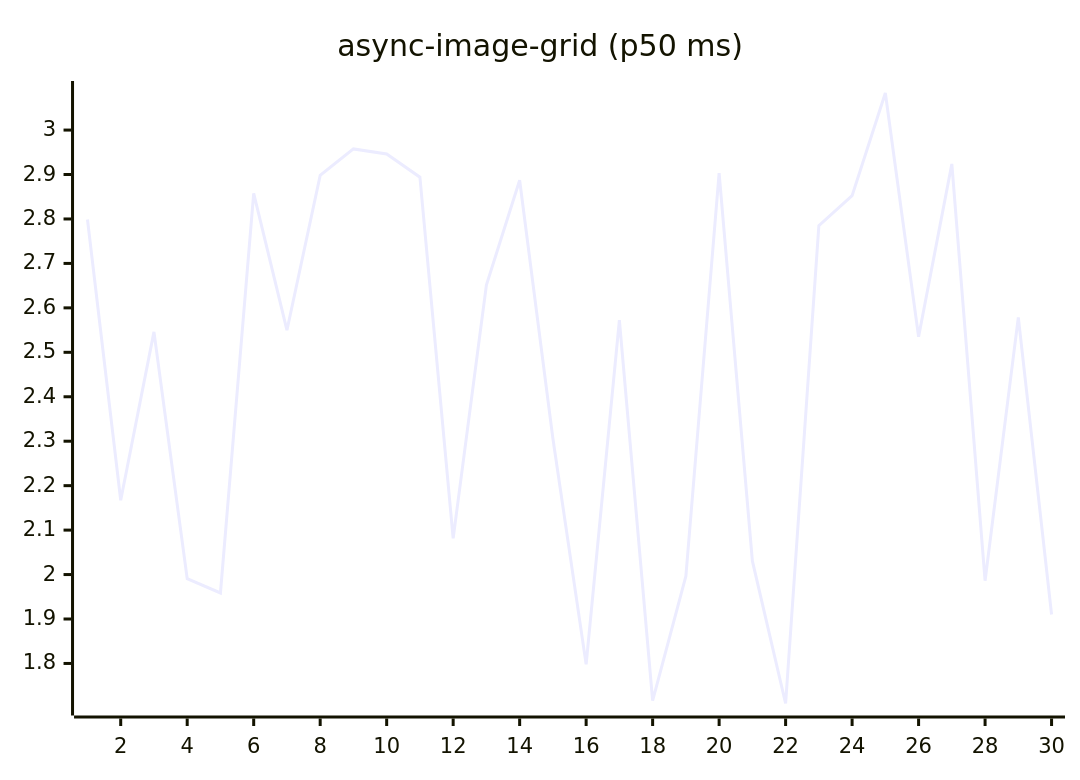
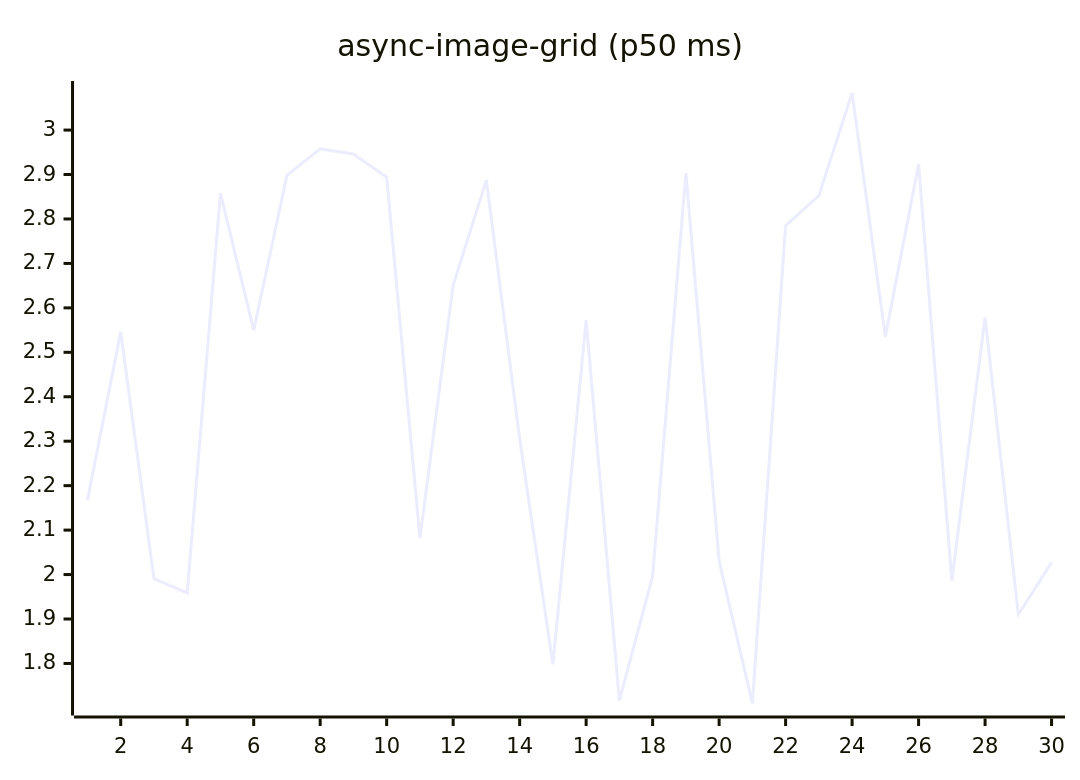
Before and after one commit to josha/Facet: the fifth of 27 diagrams in README.md, drawn with Mermaid. The commit also changed other lines of this file and 2 other files, not shown here.

````diff
--- a/README.md
+++ b/README.md
@@ -91,6 +91,6 @@
 ```mermaid
 xychart-beta
     title "async-image-grid (p50 ms)"
     x-axis 1 --> 30
-    line [2.7988, 2.1671, 2.5459, 1.9906, 1.9586, 2.8577, 2.5497, 2.8980, 2.9576, 2.9463, 2.8940, 2.0815, 2.6515, 2.8871, 2.3060, 1.7979, 2.5726, 1.7163, 1.9964, 2.9032, 2.0307, 1.7099, 2.7848, 2.8523, 3.0834, 2.5349, 2.9237, 1.9862, 2.5787, 1.9102]
+    line [2.1671, 2.5459, 1.9906, 1.9586, 2.8577, 2.5497, 2.8980, 2.9576, 2.9463, 2.8940, 2.0815, 2.6515, 2.8871, 2.3060, 1.7979, 2.5726, 1.7163, 1.9964, 2.9032, 2.0307, 1.7099, 2.7848, 2.8523, 3.0834, 2.5349, 2.9237, 1.9862, 2.5787, 1.9102, 2.0270]
 ```
````
